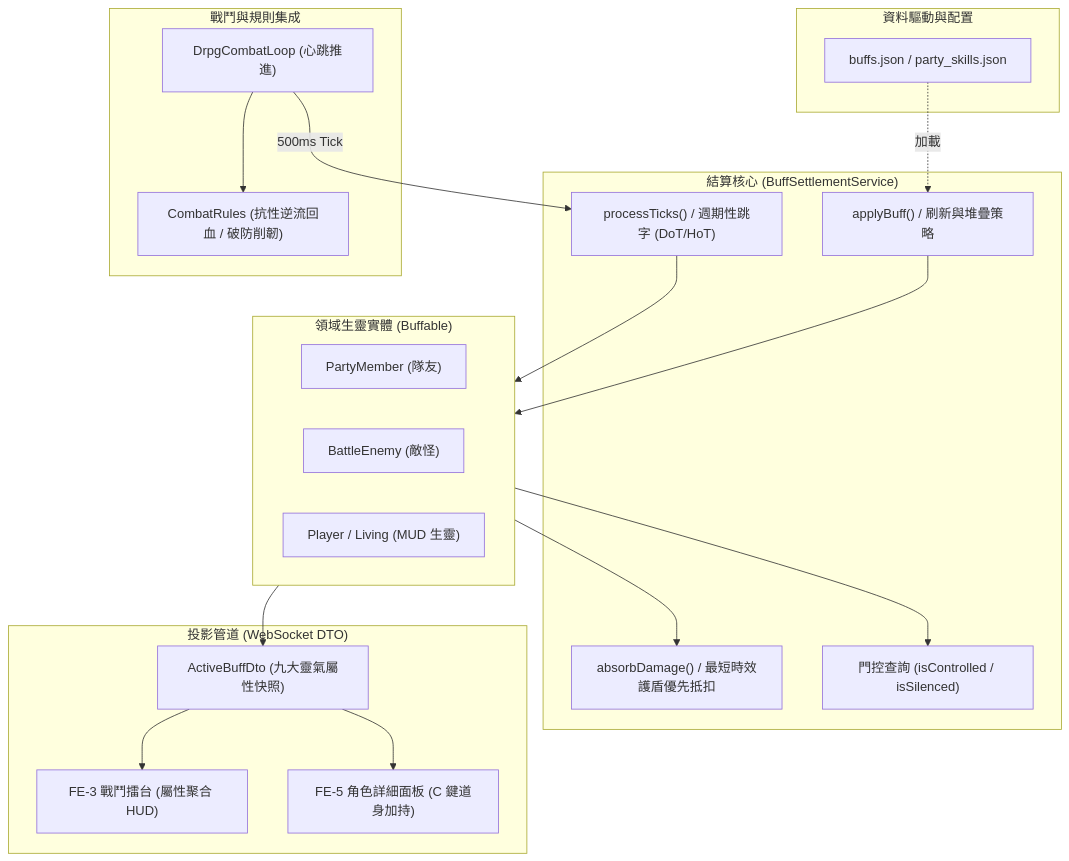
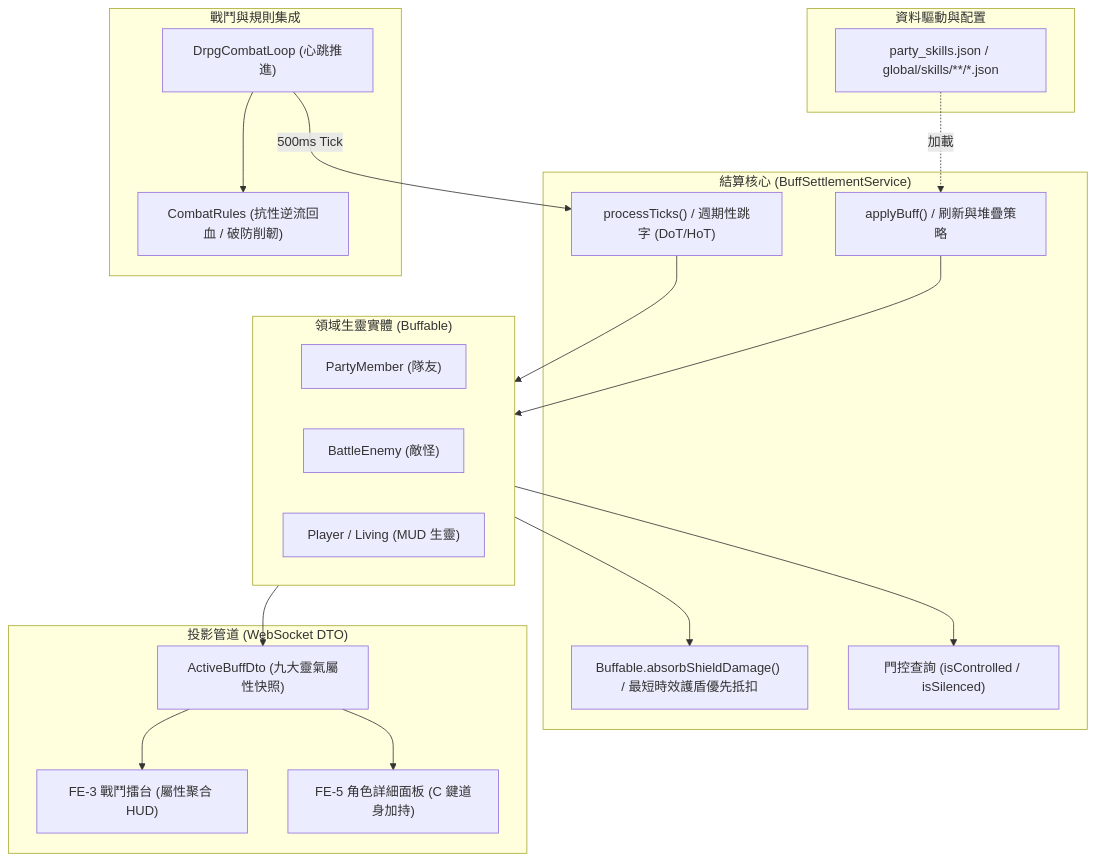
Before and after one commit to FTC-johnchien/practice_mud: the diagram in docs/2_specifications/backend/M3_1_BUFF_AND_STATUS_EFFECTS.md, drawn with Mermaid. The commit also changed other lines of this file and 74 other files, not shown here.

````diff
--- a/docs/2_specifications/backend/M3_1_BUFF_AND_STATUS_EFFECTS.md
+++ b/docs/2_specifications/backend/M3_1_BUFF_AND_STATUS_EFFECTS.md
@@ -19,40 +19,40 @@
 ```mermaid
 graph TD
     subgraph DataDriven ["資料驅動與配置"]
-        BuffJSON["buffs.json / party_skills.json"]
+        BuffJSON["party_skills.json / global/skills/**/*.json"]
     end
 
     subgraph ServiceLayer ["結算核心 (BuffSettlementService)"]
         Apply["applyBuff() / 刷新與堆疊策略"]
         Tick["processTicks() / 週期性跳字 (DoT/HoT)"]
-        Shield["absorbDamage() / 最短時效護盾優先抵扣"]
+        Shield["Buffable.absorbShieldDamage() / 最短時效護盾優先抵扣"]
         Gate["門控查詢 (isControlled / isSilenced)"]
     end
 
     subgraph EntityLayer ["領域生靈實體 (Buffable)"]
         PM["PartyMember (隊友)"]
         Mob["BattleEnemy (敵怪)"]
         Actor["Player / Living (MUD 生靈)"]
     end
 
     subgraph CombatIntegration ["戰鬥與規則集成"]
         CombatLoop["DrpgCombatLoop (心跳推進)"]
         Rules["CombatRules (抗性逆流回血 / 破防削韌)"]
     end
 
     subgraph PresentationPipe ["投影管道 (WebSocket DTO)"]
         DTO["ActiveBuffDto (九大靈氣屬性快照)"]
         FE3["FE-3 戰鬥擂台 (屬性聚合 HUD)"]
         FE5["FE-5 角色詳細面板 (C 鍵道身加持)"]
     end
 
     BuffJSON -.->|加載| Apply
     CombatLoop -->|500ms Tick| Tick
     Apply --> EntityLayer
     Tick --> EntityLayer
     EntityLayer --> Shield
     EntityLayer --> Gate
     CombatLoop --> Rules
     EntityLayer --> DTO
     DTO --> FE3 & FE5
 ```
````
